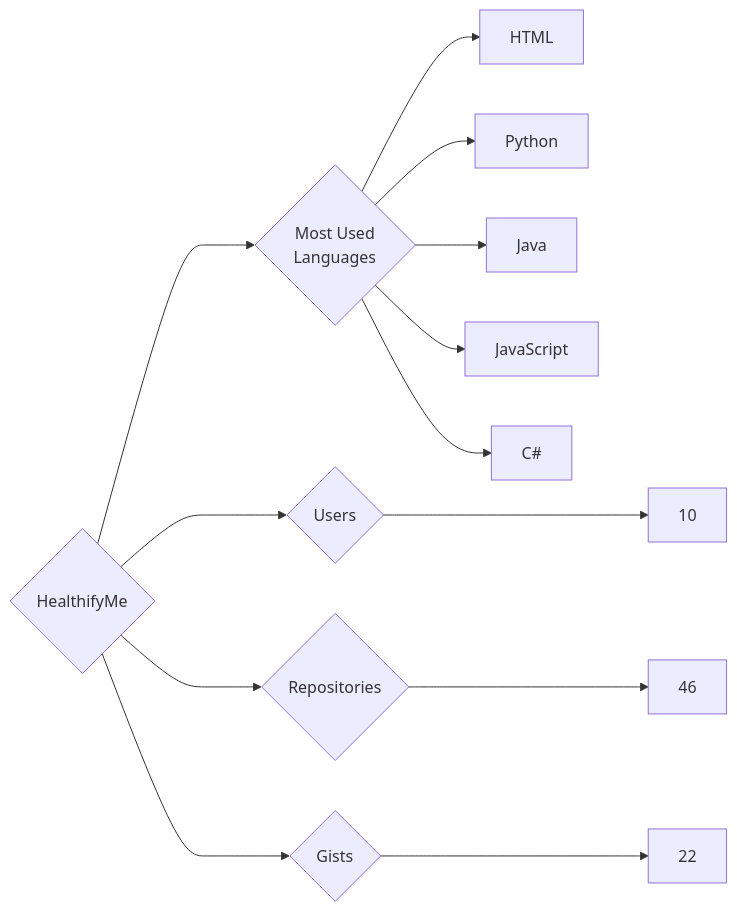
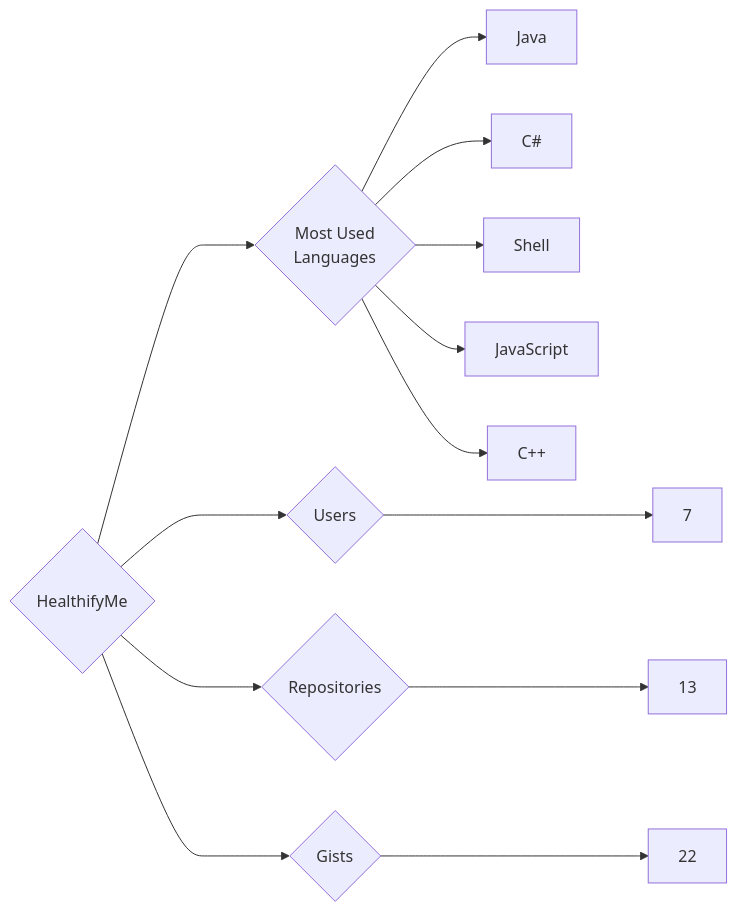
Before and after one commit to trickest/insiders: the diagram in targets/HealthifyMe/README.md, drawn with Mermaid. The commit also changed 1123 other files, not shown here.

````diff
--- a/targets/HealthifyMe/README.md
+++ b/targets/HealthifyMe/README.md
@@ -3,13 +3,13 @@
 ```mermaid
 graph LR
 COMPANY_NAME{HealthifyMe}
-COMPANY_NAME ---> U{Users} ---> UN[10]
-COMPANY_NAME ---> R{Repositories} ---> RN[46]
+COMPANY_NAME ---> U{Users} ---> UN[7]
+COMPANY_NAME ---> R{Repositories} ---> RN[13]
 COMPANY_NAME ---> G{Gists} ---> GN[22]
 COMPANY_NAME ---> ML{Most Used<br>Languages}
-ML --> HTML[HTML]
-ML --> Python[Python]
 ML --> Java[Java]
+ML --> C#[C#]
+ML --> Shell[Shell]
 ML --> JavaScript[JavaScript]
-ML --> C#[C#]
+ML --> C++[C++]
 ```
````
